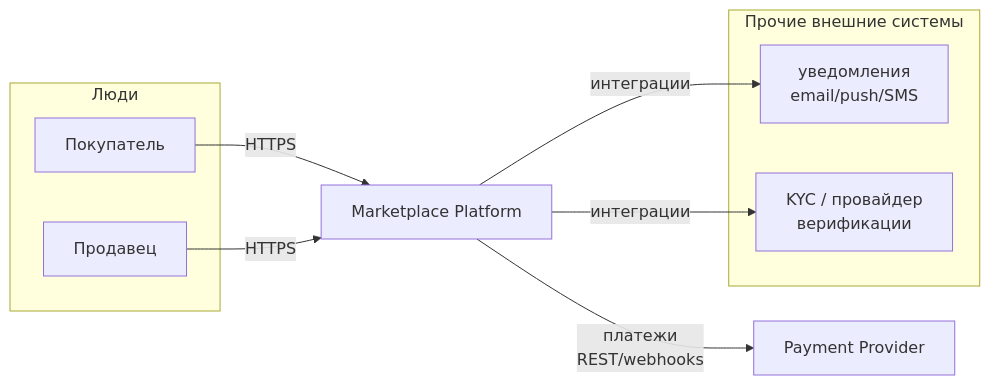
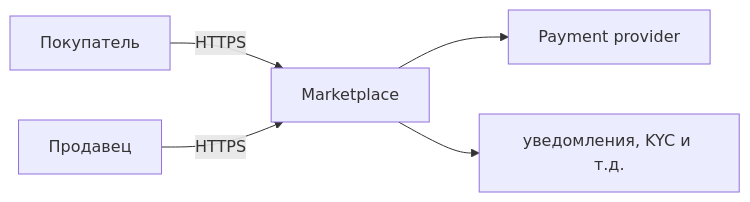
One commit to DaryaAndryeva/hw-1-Marketplace changed the first of 2 diagrams in README.md. Above: the diagram before and after it, drawn with Mermaid. The commit also changed other lines of this file and 5 other files, not shown here.

````diff
--- a/README.md
+++ b/README.md
@@ -179,22 +50,7 @@
 ```mermaid
 flowchart LR
-    subgraph personas["Люди"]
-        B["Покупатель"]
-        S["Продавец"]
-    end
-
-    MP["Marketplace Platform"]
-
-    PSP["Payment Provider"]
-
-    subgraph ext["Прочие внешние системы"]
-        NT["уведомления\nemail/push/SMS"]
-        KYC["KYC / провайдер\nверификации"]
-    end
-
-    B -->|"HTTPS"| MP
-    S -->|"HTTPS"| MP
-    MP -->|"платежи\nREST/webhooks"| PSP
-    MP -->|"интеграции"| NT
-    MP -->|"интеграции"| KYC
+    B["Покупатель"] -->|"HTTPS"| M["Marketplace"]
+    P["Продавец"] -->|"HTTPS"| M
+    M --> PSP["Payment provider"]
+    M --> EXT["уведомления, KYC и т.д."]
 ```
````
